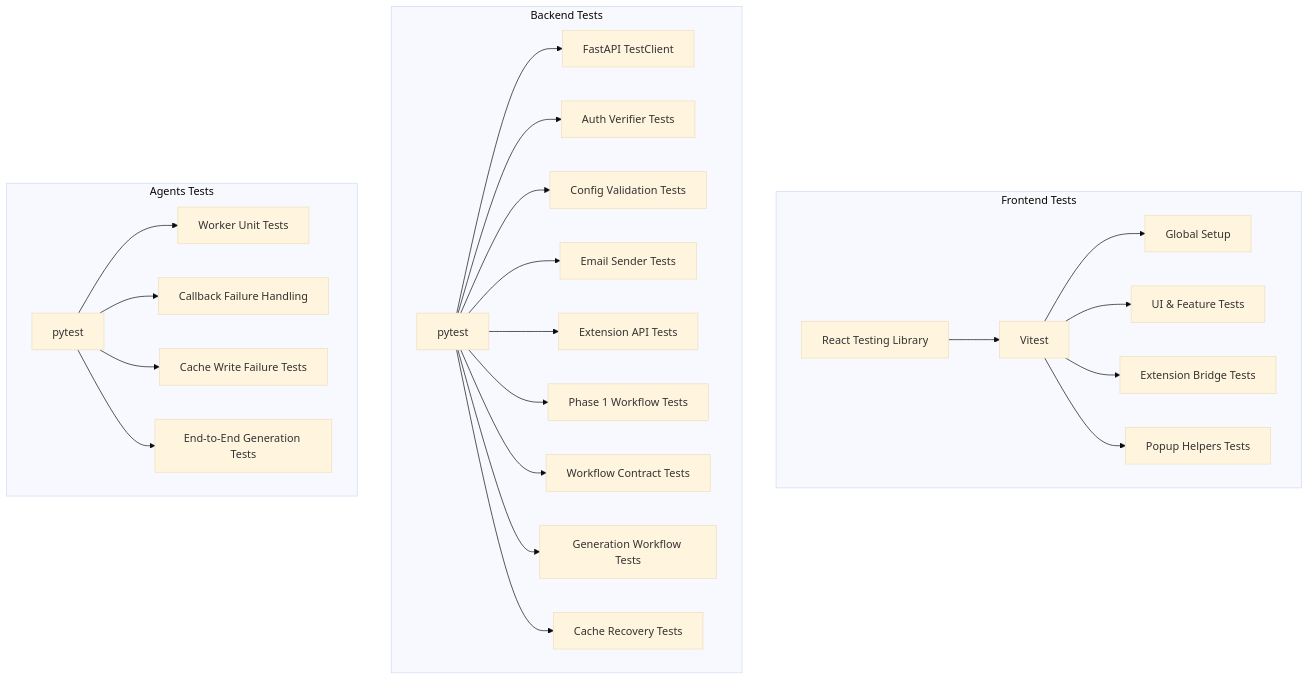
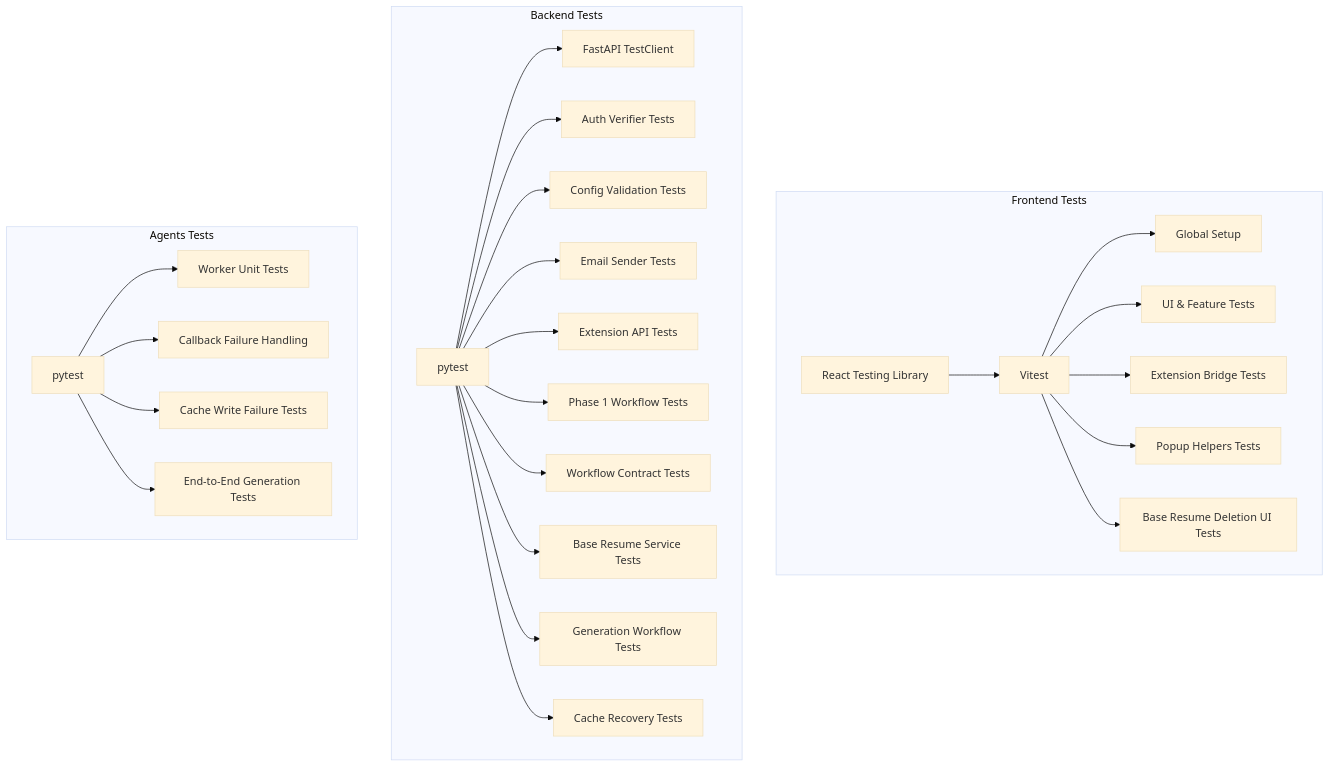
One commit to sankaL/resume-app changed the second of 7 diagrams in .qoder/repowiki/en/content/Testing Strategy/Testing Strategy.md. Above: the diagram before and after it, drawn with Mermaid (base theme). The commit also changed other lines of this file and 12 other files, not shown here.

````diff
--- a/.qoder/repowiki/en/content/Testing Strategy/Testing Strategy.md
+++ b/.qoder/repowiki/en/content/Testing Strategy/Testing Strategy.md
@@ -160,48 +174,52 @@
 ```mermaid
 graph TB
 subgraph "Frontend Tests"
 RTL["React Testing Library"]
 VT["Vitest"]
 SETUP["Global Setup"]
 APP_TESTS["UI & Feature Tests"]
 EXT_BRIDGE["Extension Bridge Tests"]
 EXT_POPUP["Popup Helpers Tests"]
+BASE_RESUME_UI["Base Resume Deletion UI Tests"]
 end
 subgraph "Backend Tests"
 PYTEST["pytest"]
 TC["FastAPI TestClient"]
 AUTH["Auth Verifier Tests"]
 CFG["Config Validation Tests"]
 EMAIL["Email Sender Tests"]
 EXT_API["Extension API Tests"]
 PHASE1["Phase 1 Workflow Tests"]
 WORKFLOW["Workflow Contract Tests"]
+BASE_RESUME_SERVICE["Base Resume Service Tests"]
 GEN_WORKFLOW["Generation Workflow Tests"]
 CACHE_RECOVERY["Cache Recovery Tests"]
 end
 subgraph "Agents Tests"
 AG_PYTEST["pytest"]
 WORKER["Worker Unit Tests"]
 CALLBACK_HANDLING["Callback Failure Handling"]
 CACHE_WRITE["Cache Write Failure Tests"]
 END_TO_END["End-to-End Generation Tests"]
 end
 RTL --> VT
 VT --> SETUP
 VT --> APP_TESTS
 VT --> EXT_BRIDGE
 VT --> EXT_POPUP
+VT --> BASE_RESUME_UI
 PYTEST --> TC
 PYTEST --> AUTH
 PYTEST --> CFG
 PYTEST --> EMAIL
 PYTEST --> EXT_API
 PYTEST --> PHASE1
 PYTEST --> WORKFLOW
+PYTEST --> BASE_RESUME_SERVICE
 PYTEST --> GEN_WORKFLOW
 PYTEST --> CACHE_RECOVERY
 AG_PYTEST --> WORKER
 AG_PYTEST --> CALLBACK_HANDLING
 AG_PYTEST --> CACHE_WRITE
 AG_PYTEST --> END_TO_END
 ```
````
